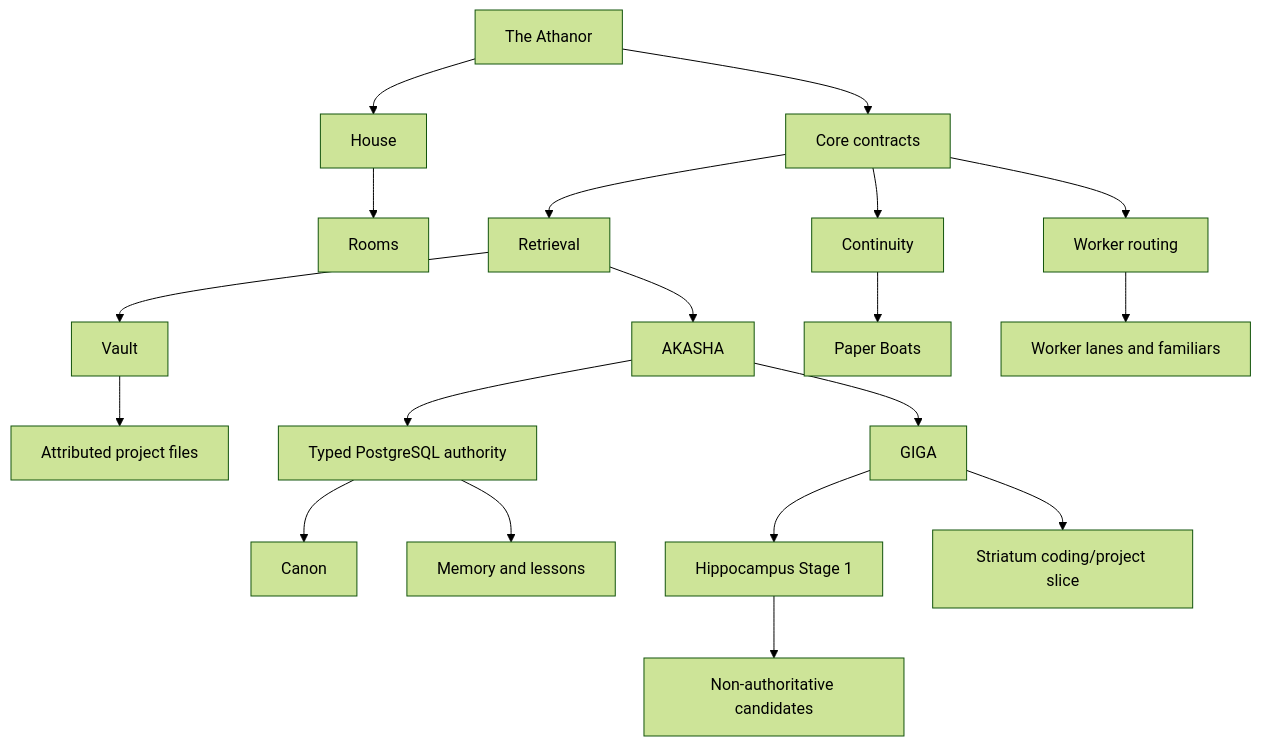
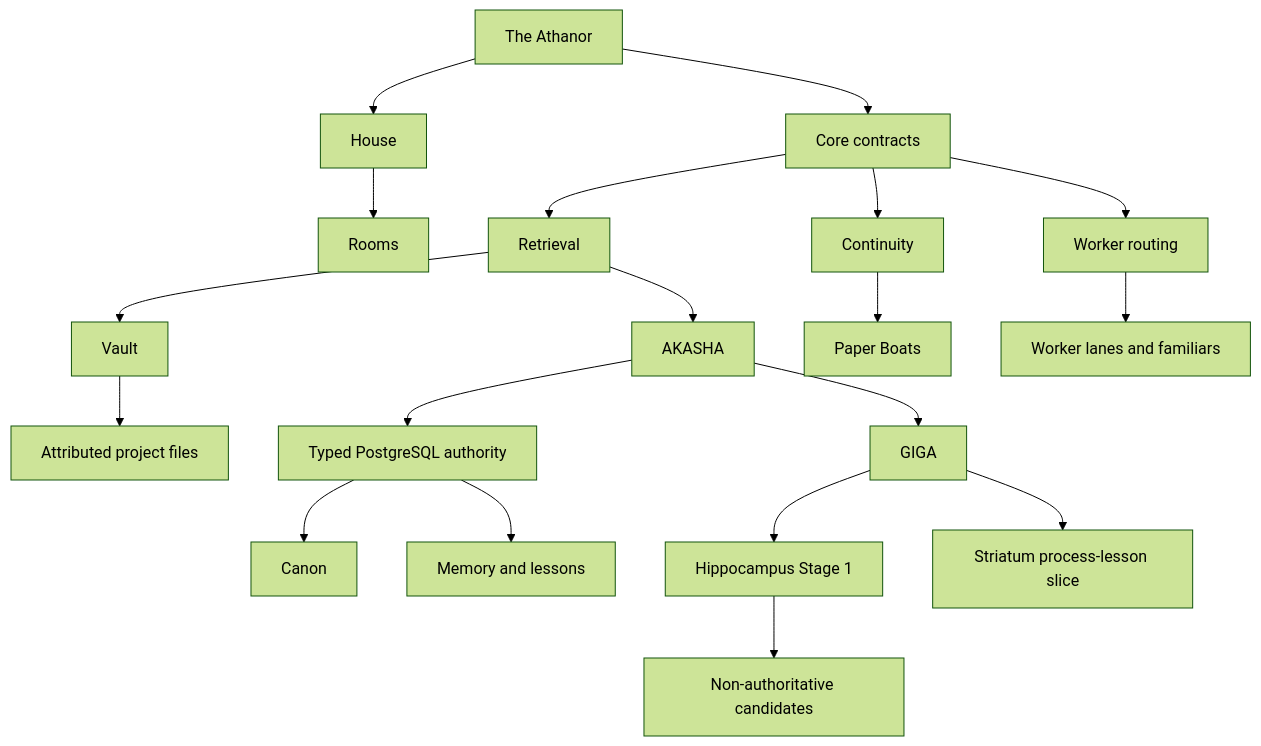
Before and after one commit to solarisael/the-athanor: the first of 2 diagrams in docs/EXPLAINING_THE_ATHANOR.md, drawn with Mermaid (forest theme). The commit also changed other lines of this file and 3 other files, not shown here.

````diff
--- a/docs/EXPLAINING_THE_ATHANOR.md
+++ b/docs/EXPLAINING_THE_ATHANOR.md
@@ -12,21 +12,21 @@
 ```mermaid
 flowchart TB
     ATH[The Athanor] --> CORE[Core contracts]
     ATH --> HOUSE[House]
     HOUSE --> ROOM[Rooms]
     CORE --> RET[Retrieval]
     CORE --> CONT[Continuity]
     CORE --> ROUTE[Worker routing]
     RET --> VAULT[Vault]
     RET --> AKASHA[AKASHA]
     VAULT --> FILES[Attributed project files]
     AKASHA --> AUTH[Typed PostgreSQL authority]
     AUTH --> CANON[Canon]
     AUTH --> MEMORY[Memory and lessons]
     AKASHA --> GIGA[GIGA]
     GIGA --> HIP[Hippocampus Stage 1]
-    GIGA --> STR[Striatum coding/project slice]
+    GIGA --> STR[Striatum process-lesson slice]
     HIP --> CAND[Non-authoritative candidates]
     CONT --> BOAT[Paper Boats]
     ROUTE --> LANES[Worker lanes and familiars]
 ```
````
